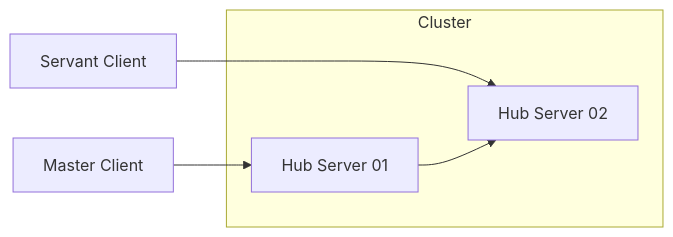
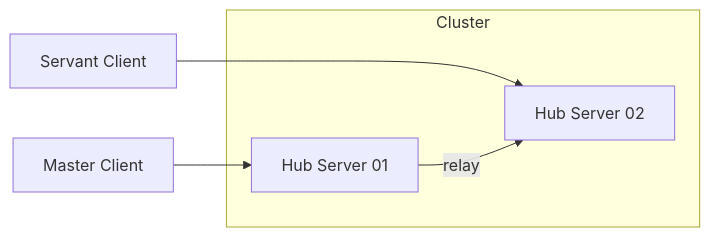
One commit to ysmood/dehub changed the diagram in README.md. Above: the diagram before and after it, drawn with Mermaid. The commit also changed 4 other files, not shown here.

````diff
--- a/README.md
+++ b/README.md
@@ -12,14 +12,14 @@
 ```mermaid
 flowchart LR
     M[Master Client]
     S[Servant Client]
 
     subgraph Cluster
         H1[Hub Server 01]
         H2[Hub Server 02]
     end
 
     S ---> H2
     M --> H1
-    H1 --> H2
+    H1 -- relay --> H2
 ```
````
